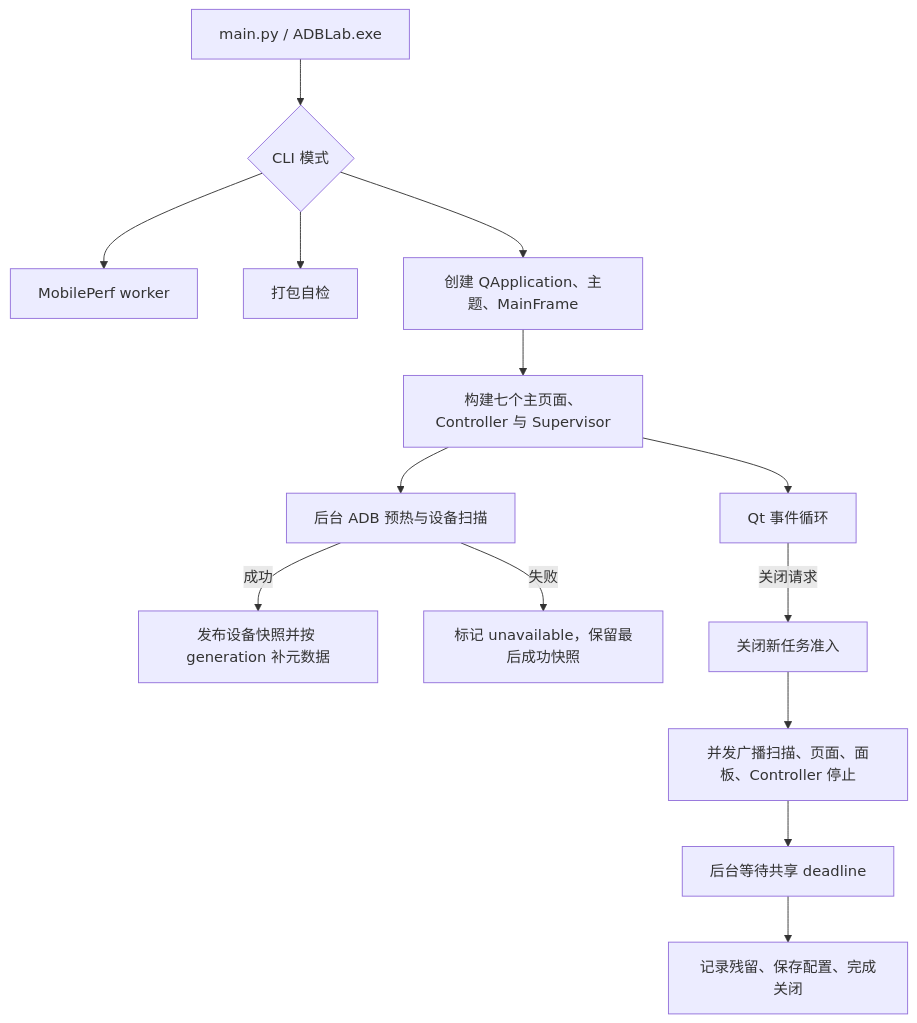
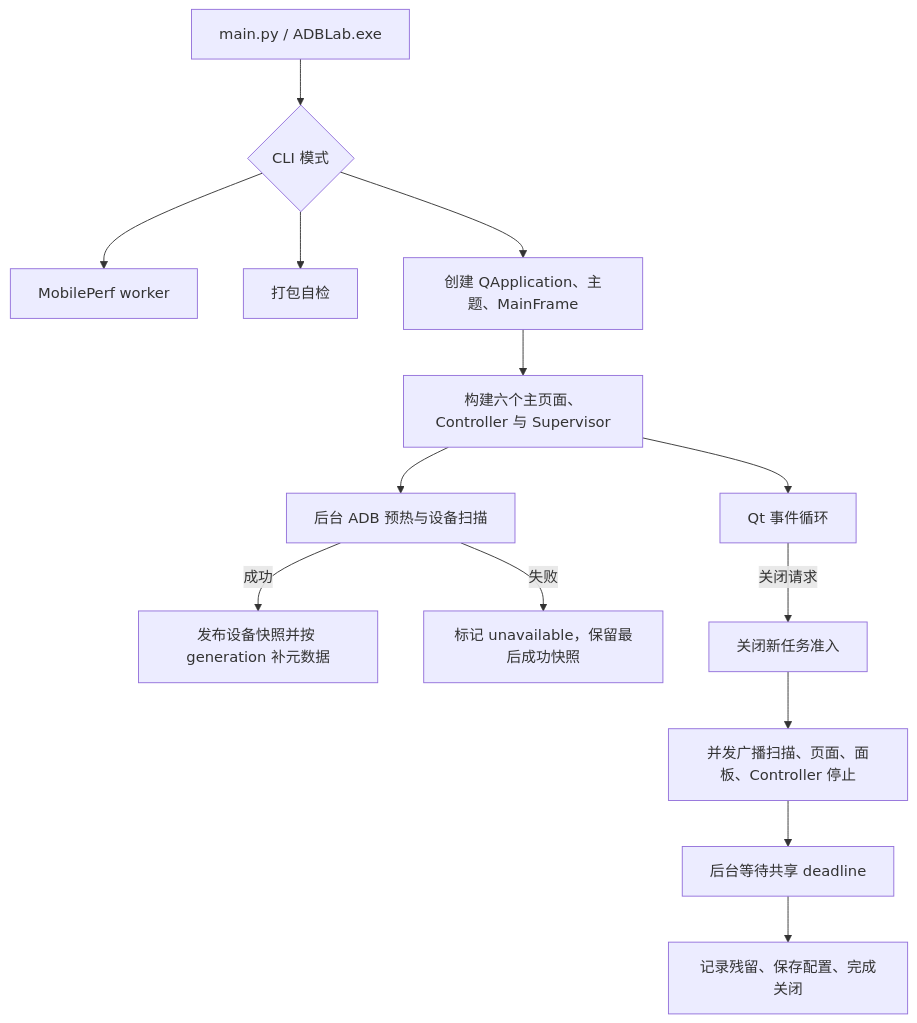
Before and after one commit to BlackHu-art/ADBLab: the second of 2 diagrams in docs/project-knowledge/ARCHITECTURE.md, drawn with Mermaid. The commit also changed other lines of this file and 153 other files, not shown here.

Commit message:
Refactor application architecture and update UI workflows

````diff
--- a/docs/project-knowledge/ARCHITECTURE.md
+++ b/docs/project-knowledge/ARCHITECTURE.md
@@ -190,16 +248,16 @@
 ```mermaid
 flowchart TD
     CLI["main.py / ADBLab.exe"] --> Dispatch{"CLI 模式"}
     Dispatch --> Worker["MobilePerf worker"]
     Dispatch --> Check["打包自检"]
     Dispatch --> GUI["创建 QApplication、主题、MainFrame"]
-    GUI --> Shell["构建七个主页面、Controller 与 Supervisor"]
+    GUI --> Shell["构建六个主页面、Controller 与 Supervisor"]
     Shell --> Scan["后台 ADB 预热与设备扫描"]
     Scan -->|"成功"| Publish["发布设备快照并按 generation 补元数据"]
     Scan -->|"失败"| Unavailable["标记 unavailable，保留最后成功快照"]
     Shell --> EventLoop["Qt 事件循环"]
     EventLoop -->|"关闭请求"| Admission["关闭新任务准入"]
     Admission --> Broadcast["并发广播扫描、页面、面板、Controller 停止"]
     Broadcast --> Wait["后台等待共享 deadline"]
     Wait --> Finalize["记录残留、保存配置、完成关闭"]
 ```
````
